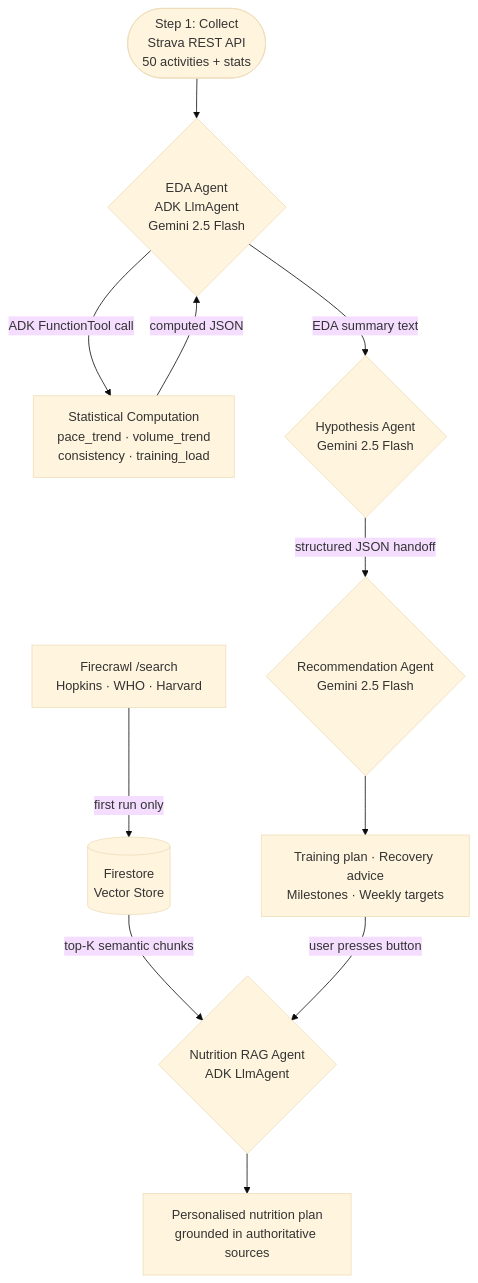
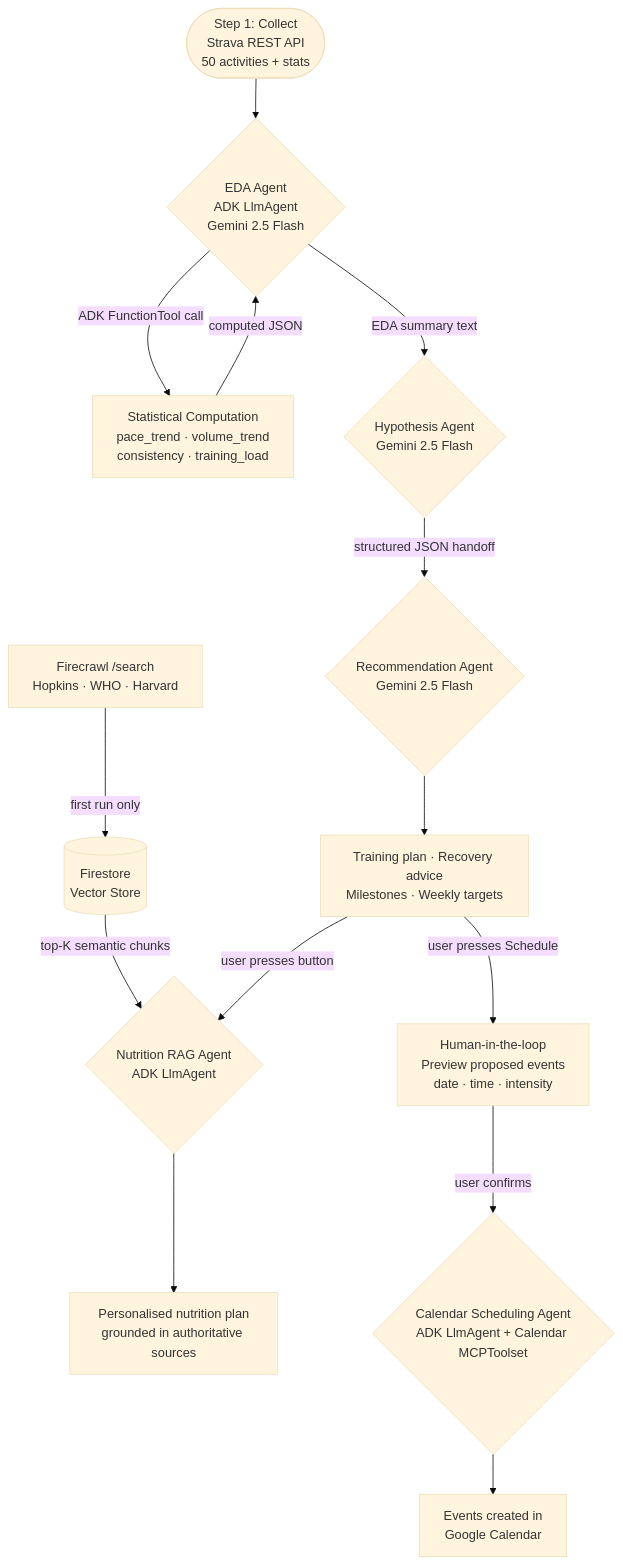
Before and after one commit to bhuvighosh3/HealthAnalyser: the second of 5 diagrams in README.md, drawn with Mermaid (base theme). The commit also changed other lines of this file and 3 other files, not shown here.

First line of the commit message:
feat: add human-in-the-loop approval before calendar scheduling

````diff
--- a/README.md
+++ b/README.md
@@ -87,21 +87,25 @@
 ```mermaid
 flowchart TD
     COLLECT([Step 1: Collect\nStrava REST API\n50 activities + stats]) --> EDA
 
     EDA{EDA Agent\nADK LlmAgent\nGemini 2.5 Flash}
     EDA -->|ADK FunctionTool call| TOOL[Statistical Computation\npace_trend · volume_trend\nconsistency · training_load]
     TOOL -->|computed JSON| EDA
     EDA -->|EDA summary text| HYP
 
     HYP{Hypothesis Agent\nGemini 2.5 Flash}
     HYP -->|structured JSON handoff| REC
 
     REC{Recommendation Agent\nGemini 2.5 Flash}
     REC --> OUT[Training plan · Recovery advice\nMilestones · Weekly targets]
 
     NUT{Nutrition RAG Agent\nADK LlmAgent}
     Firestore[(Firestore\nVector Store)] -->|top-K semantic chunks| NUT
     FC[Firecrawl /search\nHopkins · WHO · Harvard] -->|first run only| Firestore
     OUT -->|user presses button| NUT
     NUT --> NUTOUT[Personalised nutrition plan\ngrounded in authoritative sources]
+
+    OUT -->|user presses Schedule| PREVIEW[Human-in-the-loop\nPreview proposed events\ndate · time · intensity]
+    PREVIEW -->|user confirms| CAL{Calendar Scheduling Agent\nADK LlmAgent + Calendar MCPToolset}
+    CAL --> CALEVENTS[Events created in\nGoogle Calendar]
 ```
````
